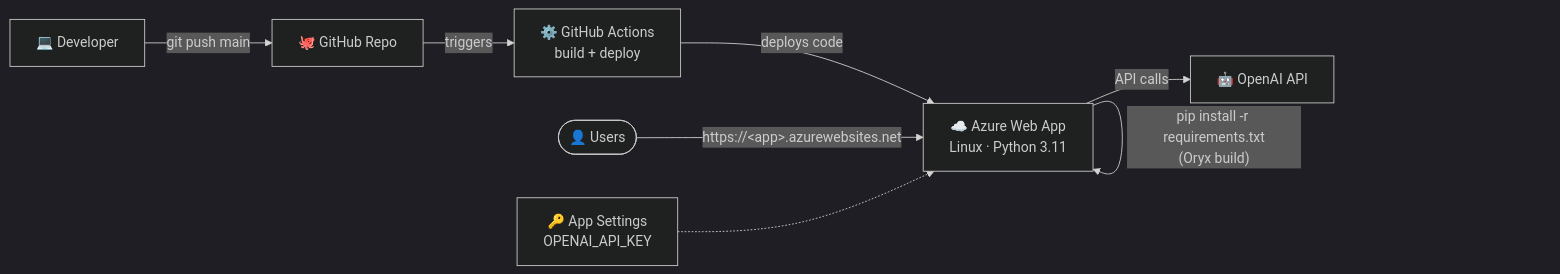
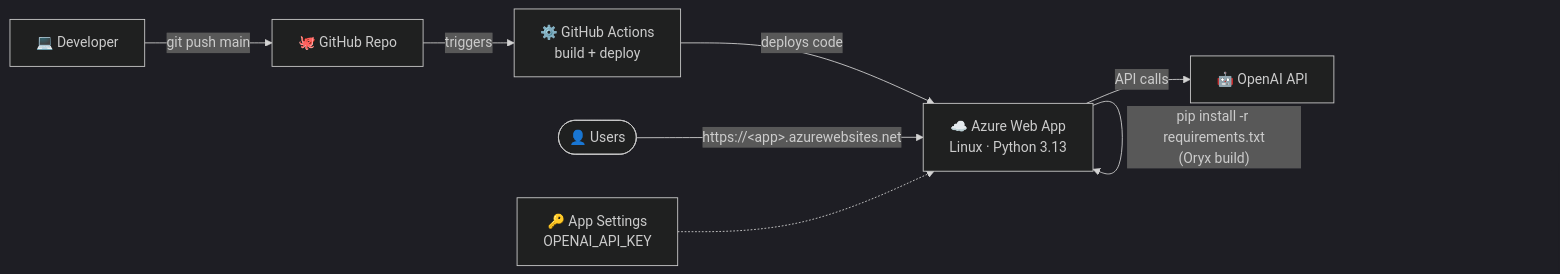
One commit to ajeetuk/Project_1_Financial_Policy_ChatBot_Rag_Implementation changed the sixth of 6 diagrams in README.md. Above: the diagram before and after it, drawn with Mermaid (dark theme). The commit also changed other lines of this file, not shown here.

````diff
--- a/README.md
+++ b/README.md
@@ -317,10 +318,10 @@
 ```mermaid
 flowchart LR
     DEV["💻 Developer"] -- "git push main" --> GH["🐙 GitHub Repo"]
     GH -- "triggers" --> GA["⚙️ GitHub Actions<br/>build + deploy"]
-    GA -- "deploys code" --> AZ["☁️ Azure Web App<br/>Linux · Python 3.11"]
+    GA -- "deploys code" --> AZ["☁️ Azure Web App<br/>Linux · Python 3.13"]
     AZ -- "pip install -r requirements.txt<br/>(Oryx build)" --> AZ
     AZ -- "API calls" --> OAI["🤖 OpenAI API"]
     USR(["👤 Users"]) -- "https://&lt;app&gt;.azurewebsites.net" --> AZ
     KEY["🔑 App Settings<br/>OPENAI_API_KEY"] -.-> AZ
 ```
````
